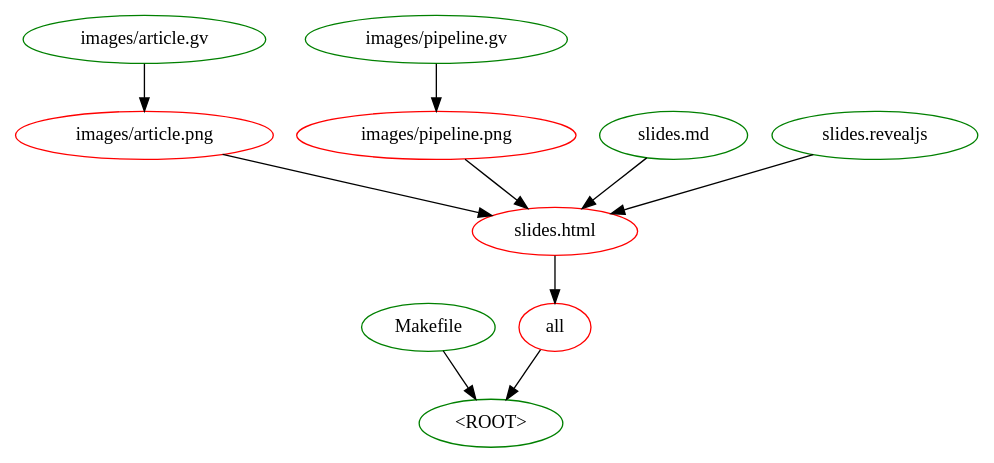
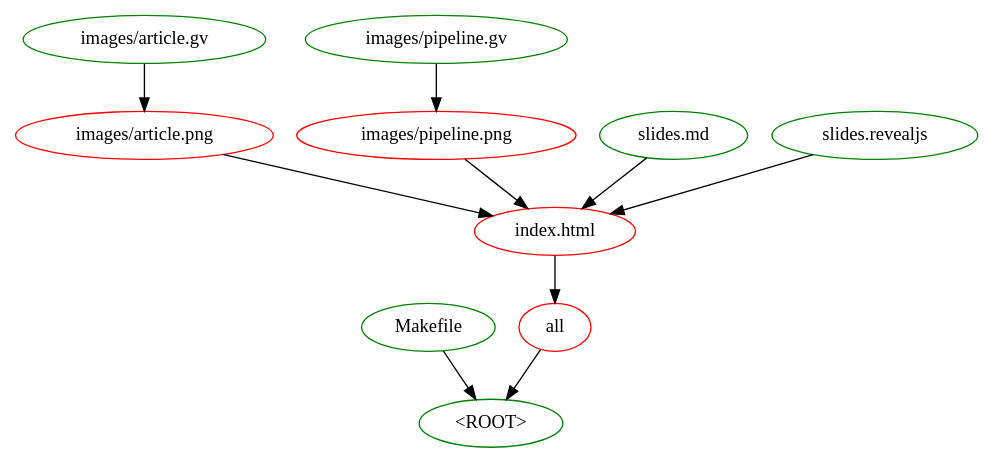
The diagram in automation01_slides/Makefile.gv (STAT545-UBC/STAT545-UBC-original-website), drawn with Graphviz before and after one commit. The commit also changed 9 other files, not shown here.

Commit message:
Move automation01_slides/slides.html to index.html

```diff
--- a/automation01_slides/Makefile.gv
+++ b/automation01_slides/Makefile.gv
@@ -1,21 +1,21 @@
 digraph G {
 n1[label="<ROOT>", color="green"];
 n2[label="Makefile", color="green"];
 n3[label="all", color="red"];
 n8[label="images/article.gv", color="green"];
 n7[label="images/article.png", color="red"];
 n10[label="images/pipeline.gv", color="green"];
 n9[label="images/pipeline.png", color="red"];
-n4[label="slides.html", color="red"];
+n4[label="index.html", color="red"];
 n5[label="slides.md", color="green"];
 n6[label="slides.revealjs", color="green"];
 n2 -> n1 ; 
 n3 -> n1 ; 
 n4 -> n3 ; 
 n8 -> n7 ; 
 n10 -> n9 ; 
 n7 -> n4 ; 
 n9 -> n4 ; 
 n5 -> n4 ; 
 n6 -> n4 ; 
 }
```
